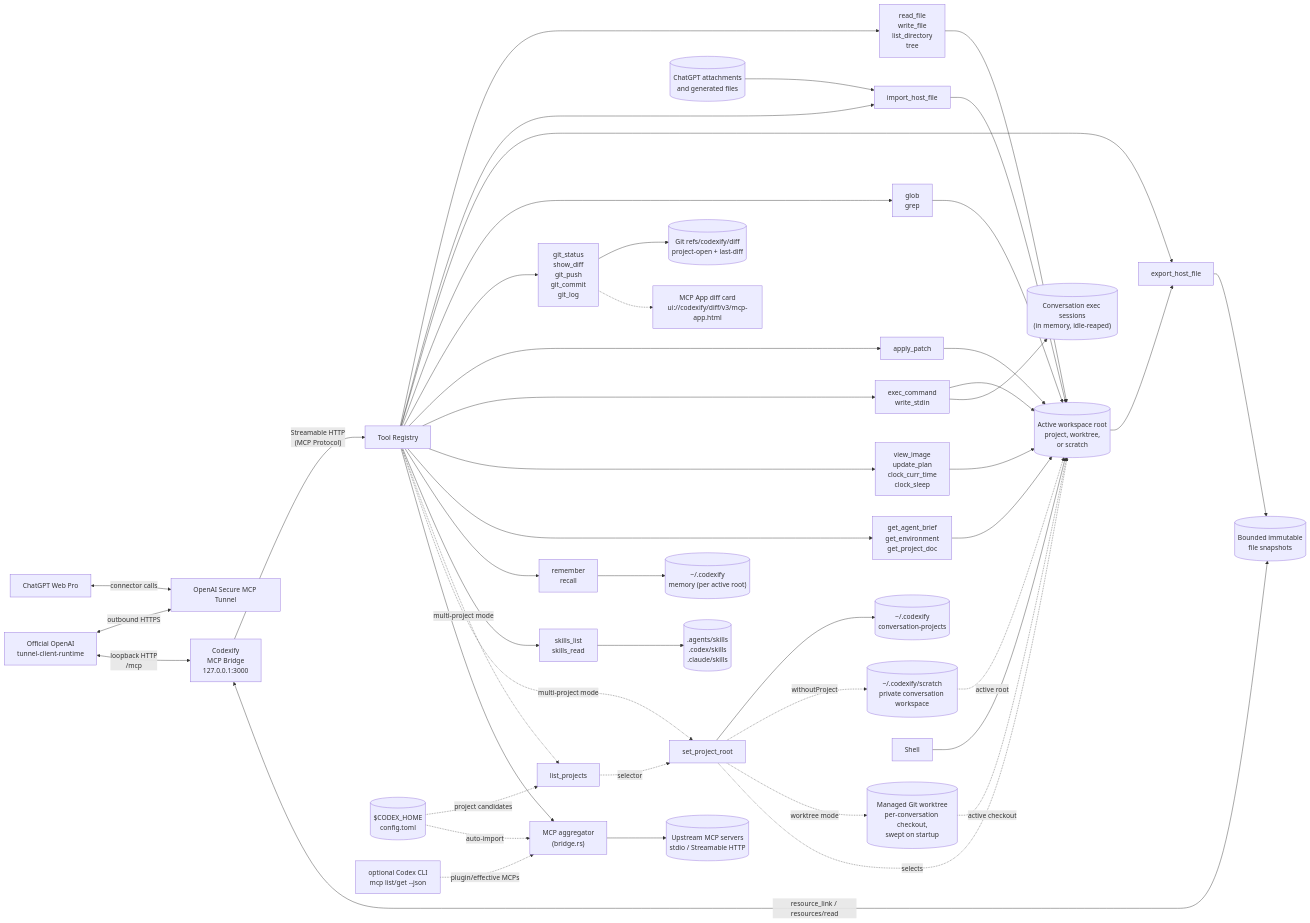
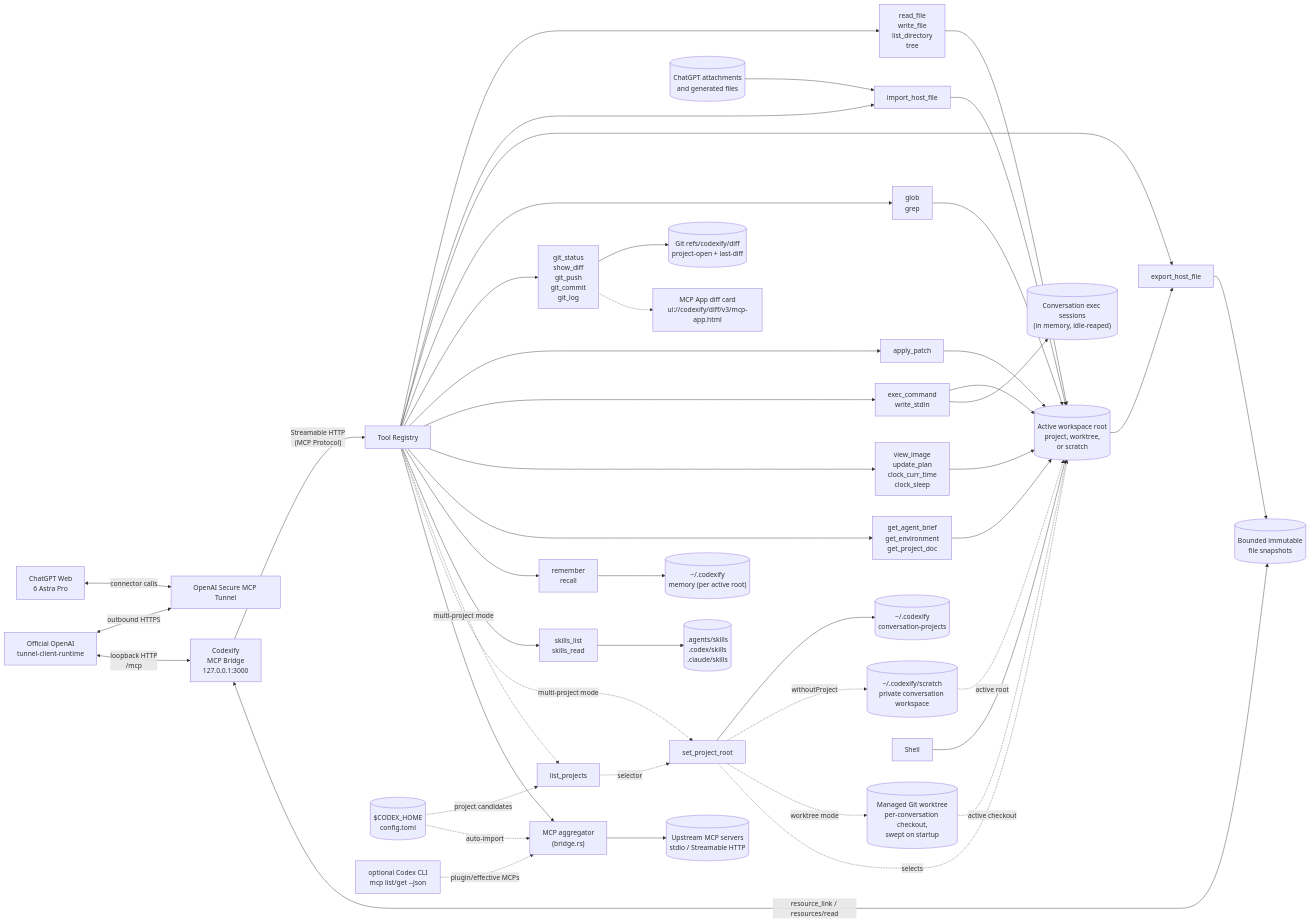
The diagram in README.md (thesunwave/codexify), drawn with Mermaid before and after one commit. The commit also changed other lines of this file and 1 other file, not shown here.

Commit message:
docs: update Pro model to 6 Astra Pro

````diff
--- a/README.md
+++ b/README.md
@@ -17,6 +17,6 @@
 ```mermaid
 flowchart LR
-    ChatGPT["ChatGPT Web Pro"]
+    ChatGPT["ChatGPT Web\n6 Astra Pro"]
     OpenAITunnel["OpenAI Secure MCP Tunnel"]
     TunnelClient["Official OpenAI\ntunnel-client-runtime"]
     Server["Codexify\nMCP Bridge\n127.0.0.1:3000"]
````
